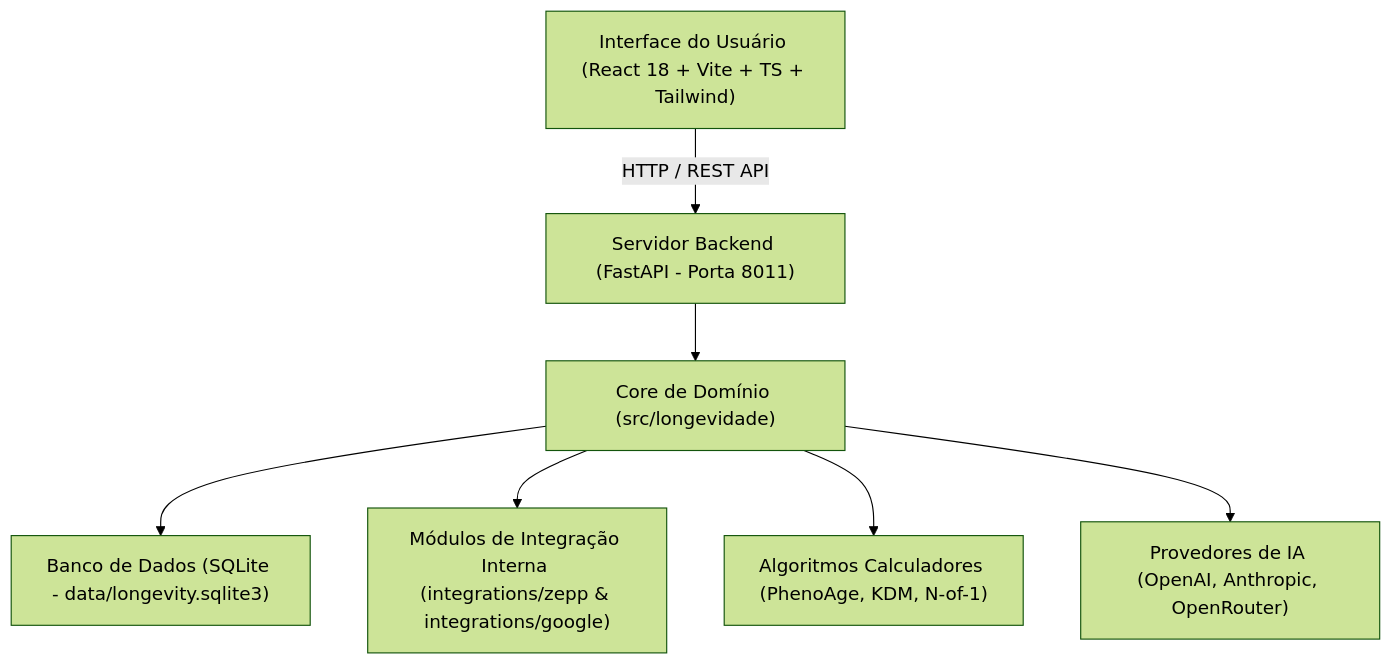
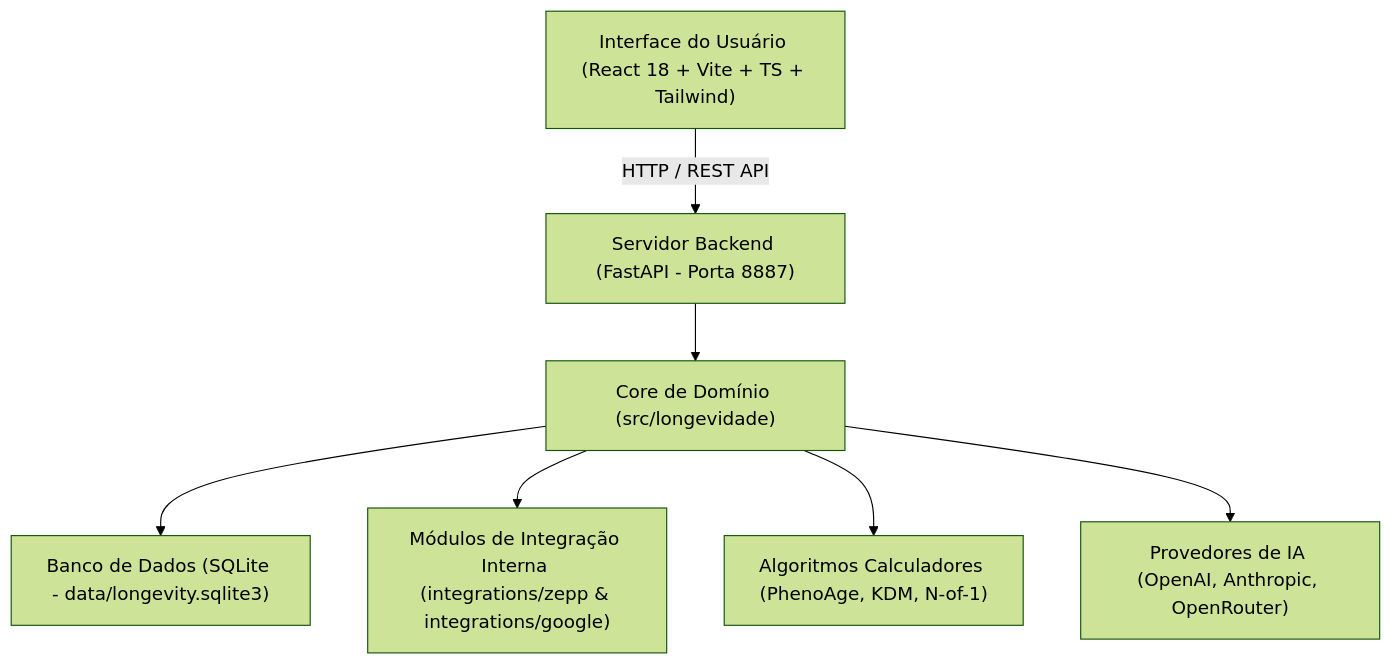
The diagram in docs/overview.md (lguscouto/longevity-hub), drawn with Mermaid (forest theme) before and after one commit. The commit also changed other lines of this file and 33 other files, not shown here.

````diff
--- a/docs/overview.md
+++ b/docs/overview.md
@@ -25,9 +25,9 @@
 ```mermaid
 graph TD
-    A["Interface do Usuário (React 18 + Vite + TS + Tailwind)"] -->|HTTP / REST API| B["Servidor Backend (FastAPI - Porta 8011)"]
+    A["Interface do Usuário (React 18 + Vite + TS + Tailwind)"] -->|HTTP / REST API| B["Servidor Backend (FastAPI - Porta 8887)"]
     B --> C["Core de Domínio (src/longevidade)"]
     C --> D["Banco de Dados (SQLite - data/longevity.sqlite3)"]
     C --> E["Módulos de Integração Interna (integrations/zepp & integrations/google)"]
     C --> F["Algoritmos Calculadores (PhenoAge, KDM, N-of-1)"]
     C --> G["Provedores de IA (OpenAI, Anthropic, OpenRouter)"]
 ```
````
